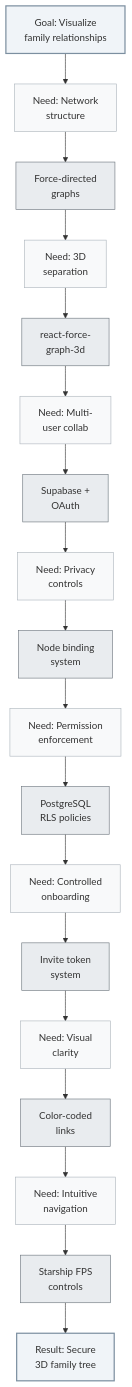
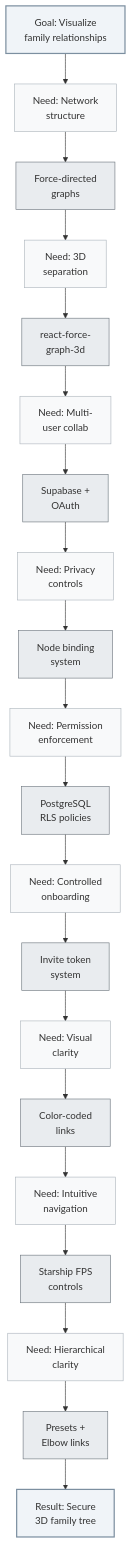
One commit to akulafb/osra-3d-family-tree changed the diagram in README.md. Above: the diagram before and after it, drawn with Mermaid. The commit also changed other lines of this file and 1 other file, not shown here.

First line of the commit message:
Enhance FamilyTree3D with hierarchical presets and elbow links

````diff
--- a/README.md
+++ b/README.md
@@ -13,31 +13,33 @@
 ```mermaid
 graph TD
     A[Goal: Visualize<br/>family relationships] --> B[Need: Network<br/>structure]
     B --> C[Force-directed<br/>graphs]
     C --> D[Need: 3D<br/>separation]
     D --> E[react-force-<br/>graph-3d]
     
     E --> F[Need: Multi-<br/>user collab]
     F --> G[Supabase +<br/>OAuth]
     G --> H[Need: Privacy<br/>controls]
     H --> I[Node binding<br/>system]
     
     I --> J[Need: Permission<br/>enforcement]
     J --> K[PostgreSQL<br/>RLS policies]
     K --> L[Need: Controlled<br/>onboarding]
     L --> M[Invite token<br/>system]
     
     M --> N[Need: Visual<br/>clarity]
     N --> O[Color-coded<br/>links]
     O --> P[Need: Intuitive<br/>navigation]
     P --> Q[Starship FPS<br/>controls]
-    Q --> R[Result: Secure<br/>3D family tree]
+    Q --> R[Need: Hierarchical<br/>clarity]
+    R --> S[Presets +<br/>Elbow links]
+    S --> T[Result: Secure<br/>3D family tree]
 
     classDef needStyle fill:#f8f9fa,stroke:#adb5bd,stroke-width:1px
     classDef solutionStyle fill:#e9ecef,stroke:#6c757d,stroke-width:1px
     classDef goalStyle fill:#f0f4f8,stroke:#7c8fa0,stroke-width:2px
     
-    class A,R goalStyle
-    class B,D,F,H,J,L,N,P needStyle
-    class C,E,G,I,K,M,O,Q solutionStyle
+    class A,T goalStyle
+    class B,D,F,H,J,L,N,P,R needStyle
+    class C,E,G,I,K,M,O,Q,S solutionStyle
 ```
````
